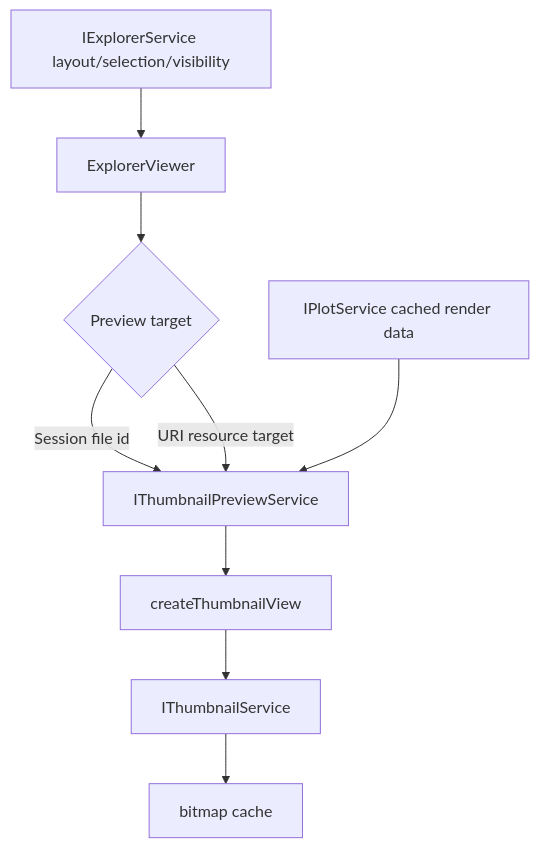
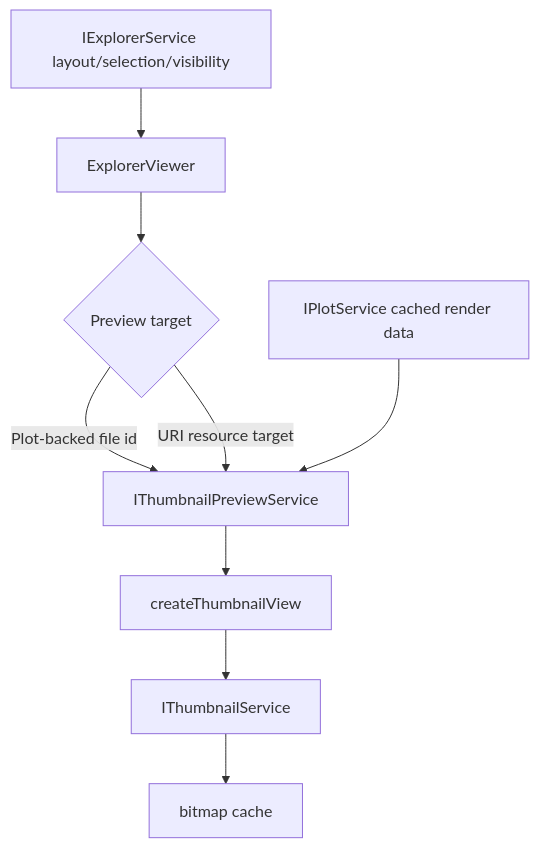
The diagram in .github/instructions/thumbnail.instructions.md (chogng/conductor), drawn with Mermaid before and after one commit. The commit also changed other lines of this file and 7 other files, not shown here.

Commit message:
Refactor thumbnail previews to use plot-backed targets

````diff
--- a/.github/instructions/thumbnail.instructions.md
+++ b/.github/instructions/thumbnail.instructions.md
@@ -75,11 +75,11 @@
 ```mermaid
 flowchart TD
     ExplorerService[IExplorerService layout/selection/visibility] --> ExplorerViewer[ExplorerViewer]
     ExplorerViewer --> PreviewTarget{Preview target}
-    PreviewTarget -->|Session file id| ThumbnailPreviewService[IThumbnailPreviewService]
+    PreviewTarget -->|Plot-backed file id| ThumbnailPreviewService[IThumbnailPreviewService]
     PreviewTarget -->|URI resource target| ThumbnailPreviewService
     Plot[IPlotService cached render data] --> ThumbnailPreviewService
     ThumbnailPreviewService --> ThumbnailView[createThumbnailView]
     ThumbnailView --> ThumbnailService[IThumbnailService]
     ThumbnailService --> Cache[bitmap cache]
 ```
````
